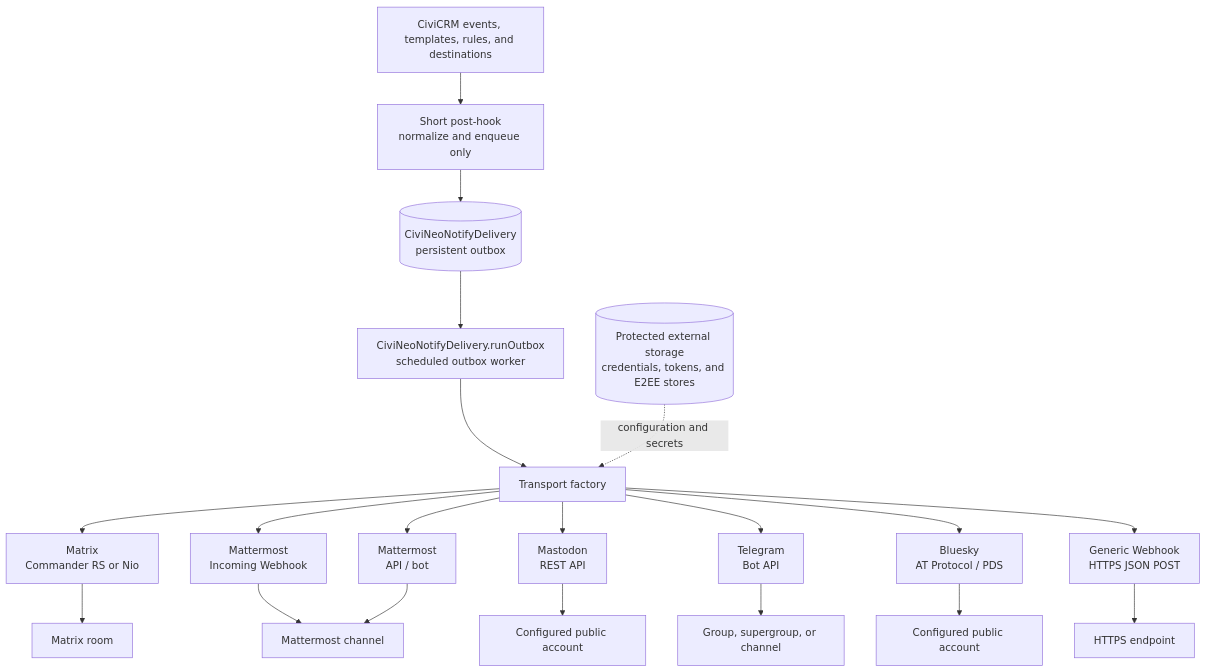
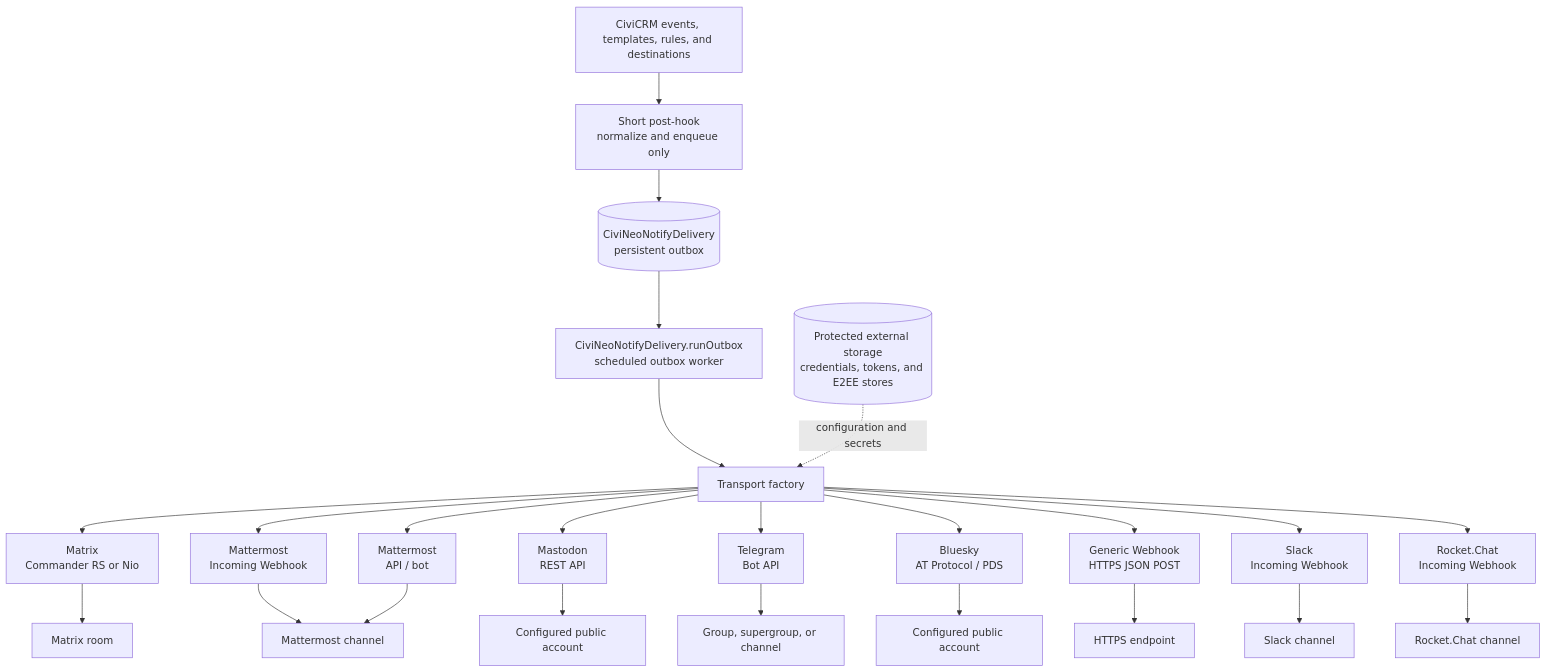
The diagram in docs/architecture.md (polbeo-de/civineonotify), drawn with Mermaid before and after one commit. The commit also changed 16 other files, not shown here.

Commit message:
Add Slack and Rocket.Chat transports

````diff
--- a/docs/architecture.md
+++ b/docs/architecture.md
@@ -9,28 +9,32 @@
 ```mermaid
 flowchart TB
   Civi[CiviCRM events, templates, rules, and destinations]
   Hook[Short post-hook<br/>normalize and enqueue only]
   Outbox[(CiviNeoNotifyDelivery<br/>persistent outbox)]
   Job[CiviNeoNotifyDelivery.runOutbox<br/>scheduled outbox worker]
   Factory[Transport factory]
   Store[(Protected external storage<br/>credentials, tokens, and E2EE stores)]
 
   Civi --> Hook --> Outbox --> Job --> Factory
   Store -. configuration and secrets .-> Factory
 
   Factory --> Matrix[Matrix<br/>Commander RS or Nio]
   Factory --> MMWebhook[Mattermost<br/>Incoming Webhook]
   Factory --> MMApi[Mattermost<br/>API / bot]
   Factory --> Mastodon[Mastodon<br/>REST API]
   Factory --> Telegram[Telegram<br/>Bot API]
   Factory --> Bluesky[Bluesky<br/>AT Protocol / PDS]
   Factory --> Webhook[Generic Webhook<br/>HTTPS JSON POST]
+  Factory --> Slack[Slack<br/>Incoming Webhook]
+  Factory --> RocketChat[Rocket.Chat<br/>Incoming Webhook]
 
   Matrix --> MatrixTarget[Matrix room]
   MMWebhook --> MMTarget[Mattermost channel]
   MMApi --> MMTarget
   Mastodon --> MastodonTarget[Configured public account]
   Telegram --> TelegramTarget[Group, supergroup, or channel]
   Bluesky --> BlueskyTarget[Configured public account]
   Webhook --> WebhookTarget[HTTPS endpoint]
+  Slack --> SlackTarget[Slack channel]
+  RocketChat --> RocketChatTarget[Rocket.Chat channel]
 ```
````
